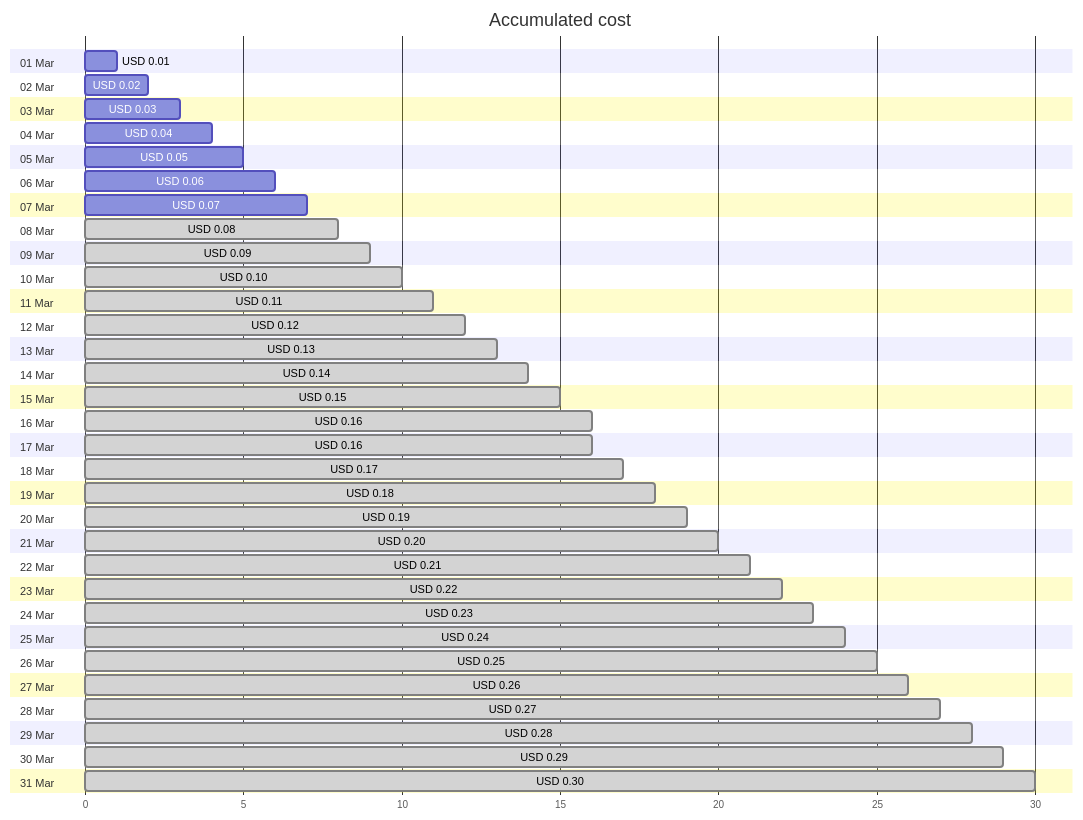
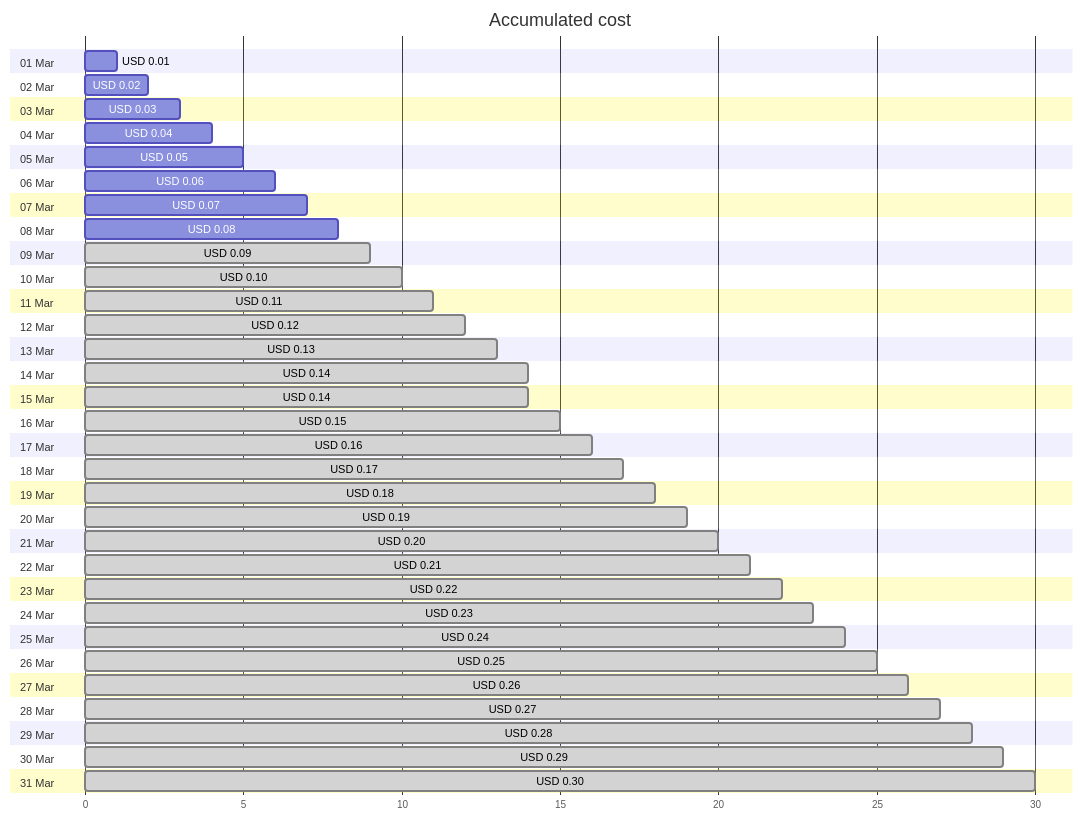
The first of 4 diagrams in cost-reports/cloud-shell-storage-eastus/README.md (jpfulton/azure-personal-reports), drawn with Mermaid before and after one commit. The commit also changed other lines of this file and 1 other file, not shown here.

````diff
--- a/cost-reports/cloud-shell-storage-eastus/README.md
+++ b/cost-reports/cloud-shell-storage-eastus/README.md
@@ -20,68 +20,68 @@
 ```mermaid
 gantt
    title Accumulated cost
    dateFormat  X
    axisFormat %s
    section 01 Mar
    USD 0.01 :0, 1
    section 02 Mar
    USD 0.02 :0, 2
    section 03 Mar
    USD 0.03 :0, 3
    section 04 Mar
    USD 0.04 :0, 4
    section 05 Mar
    USD 0.05 :0, 5
    section 06 Mar
    USD 0.06 :0, 6
    section 07 Mar
    USD 0.07 :0, 7
    section 08 Mar
-   USD 0.08 : done, 0, 8
+   USD 0.08 :0, 8
    section 09 Mar
    USD 0.09 : done, 0, 9
    section 10 Mar
    USD 0.10 : done, 0, 10
    section 11 Mar
    USD 0.11 : done, 0, 11
    section 12 Mar
    USD 0.12 : done, 0, 12
    section 13 Mar
    USD 0.13 : done, 0, 13
    section 14 Mar
    USD 0.14 : done, 0, 14
    section 15 Mar
+   USD 0.14 : done, 0, 14
+   section 16 Mar
    USD 0.15 : done, 0, 15
-   section 16 Mar
-   USD 0.16 : done, 0, 16
    section 17 Mar
    USD 0.16 : done, 0, 16
    section 18 Mar
    USD 0.17 : done, 0, 17
    section 19 Mar
    USD 0.18 : done, 0, 18
    section 20 Mar
    USD 0.19 : done, 0, 19
    section 21 Mar
    USD 0.20 : done, 0, 20
    section 22 Mar
    USD 0.21 : done, 0, 21
    section 23 Mar
    USD 0.22 : done, 0, 22
    section 24 Mar
    USD 0.23 : done, 0, 23
    section 25 Mar
    USD 0.24 : done, 0, 24
    section 26 Mar
    USD 0.25 : done, 0, 25
    section 27 Mar
    USD 0.26 : done, 0, 26
    section 28 Mar
    USD 0.27 : done, 0, 27
    section 29 Mar
    USD 0.28 : done, 0, 28
    section 30 Mar
    USD 0.29 : done, 0, 29
    section 31 Mar
    USD 0.30 : done, 0, 30
 ```
````
